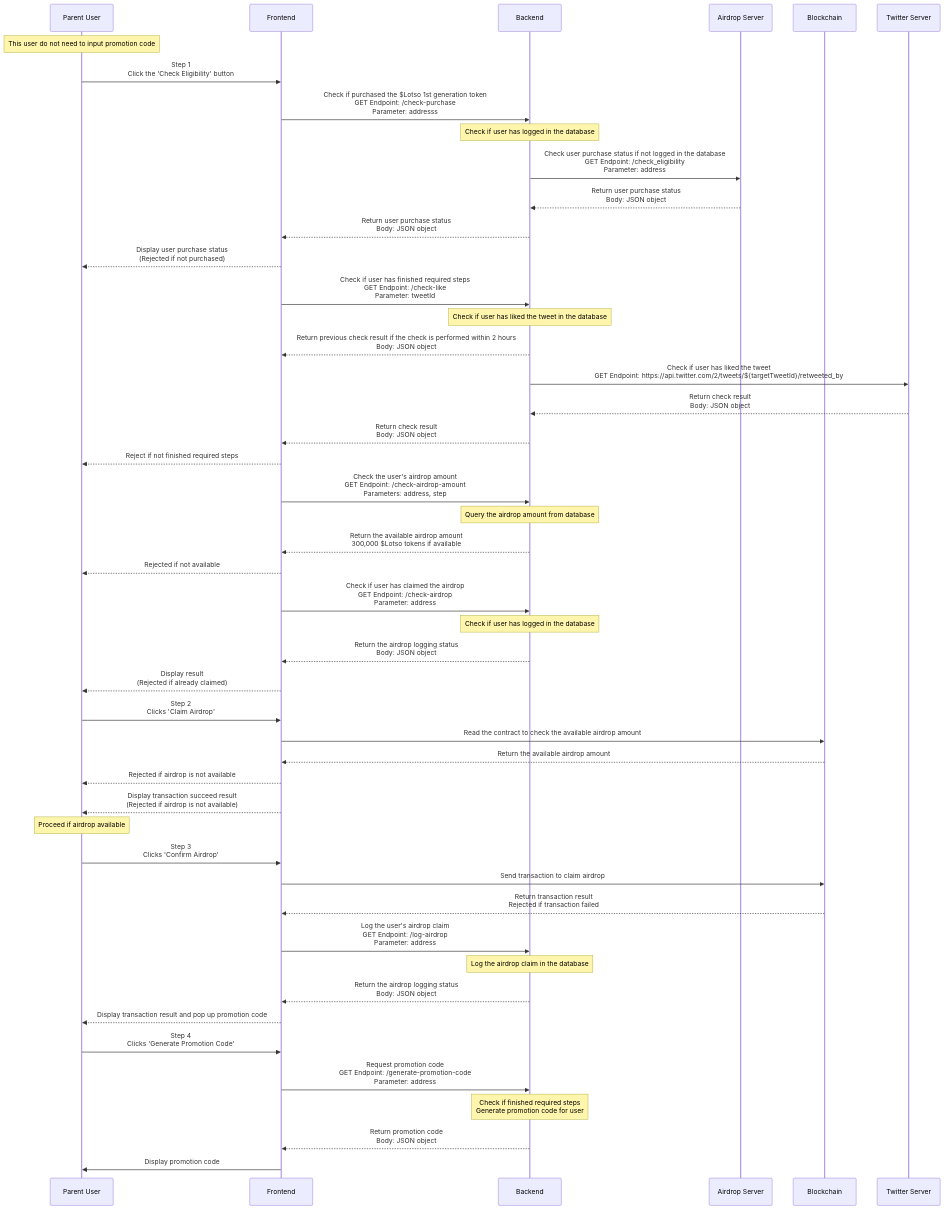
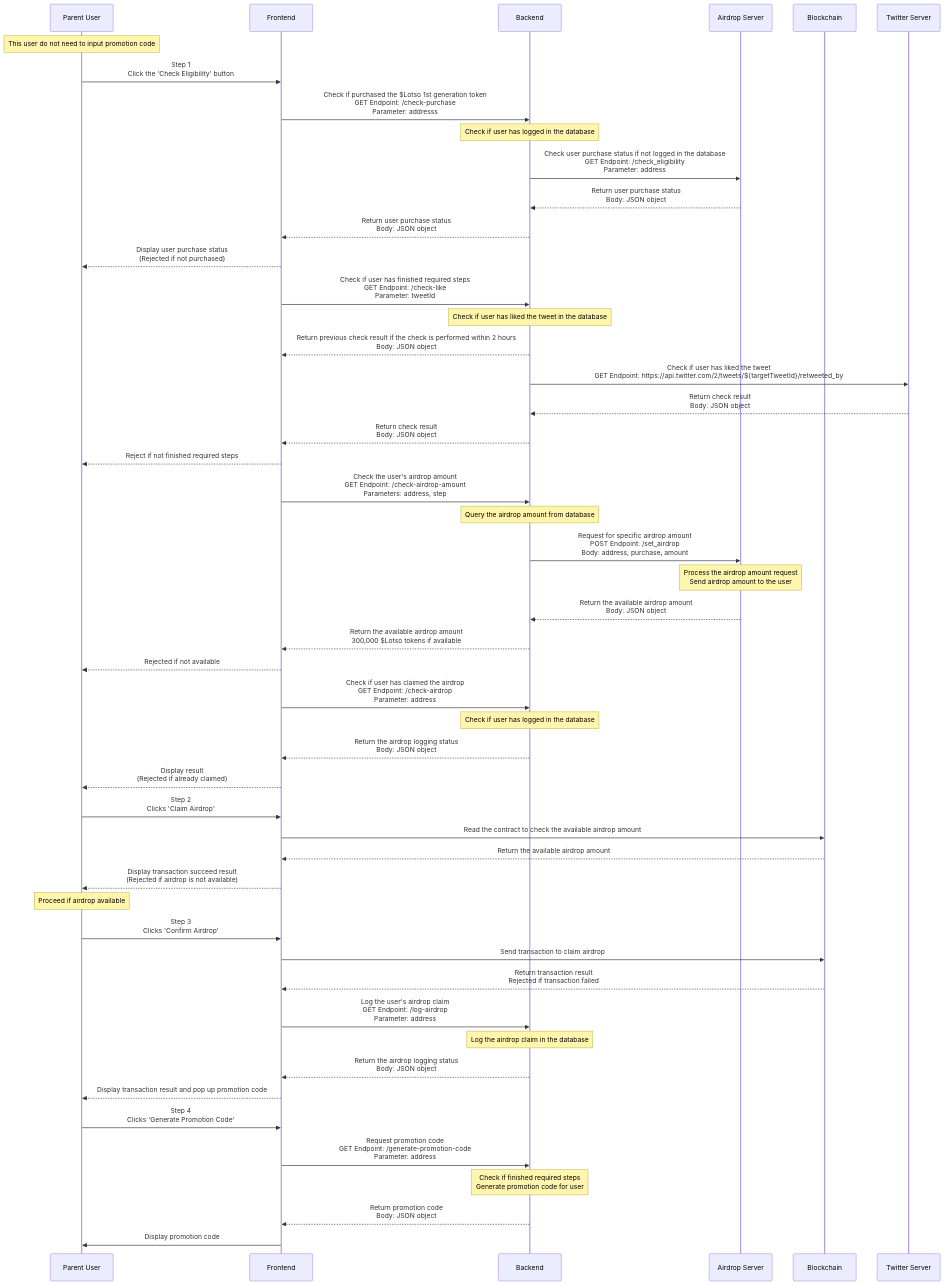
The second of 3 diagrams in README.md (BTI-US/Lotso-Twitter-Auth), drawn with Mermaid before and after one commit. The commit also changed other lines of this file and 3 other files, not shown here.

````diff
--- a/README.md
+++ b/README.md
@@ -121,55 +121,57 @@
 ```mermaid
 sequenceDiagram
     participant U as Parent User
     participant F as Frontend
     participant B as Backend
     participant S as Airdrop Server
     participant BC as Blockchain
     participant T as Twitter Server
 
     note over U: This user do not need to input promotion code
 
     U->>F: Step 1 <br>Click the 'Check Eligibility' button
     F->>B: Check if purchased the $Lotso 1st generation token <br>GET Endpoint: /check-purchase <br>Parameter: addresss
     note over B: Check if user has logged in the database
     B->>S: Check user purchase status if not logged in the database <br>GET Endpoint: /check_eligibility <br>Parameter: address
     S-->>B: Return user purchase status <br>Body: JSON object
     B-->>F: Return user purchase status <br>Body: JSON object
     F-->>U: Display user purchase status <br>(Rejected if not purchased)
     F->>B: Check if user has finished required steps <br>GET Endpoint: /check-like <br>Parameter: tweetId
     note over B: Check if user has liked the tweet in the database
     B-->>F: Return previous check result if the check is performed within 2 hours <br>Body: JSON object
     B->>T: Check if user has liked the tweet <br>GET Endpoint: https://api.twitter.com/2/tweets/${targetTweetId}/retweeted_by
     T-->>B: Return check result <br>Body: JSON object
     B-->>F: Return check result <br>Body: JSON object
     F-->>U: Reject if not finished required steps
     F->>B: Check the user's airdrop amount <br>GET Endpoint: /check-airdrop-amount <br>Parameters: address, step
     note over B: Query the airdrop amount from database
+    B->>S: Request for specific airdrop amount <br>POST Endpoint: /set_airdrop <br>Body: address, purchase, amount
+    note over S: Process the airdrop amount request <br> Send airdrop amount to the user
+    S-->>B: Return the available airdrop amount <br>Body: JSON object
     B-->>F: Return the available airdrop amount <br> 300,000 $Lotso tokens if available
     F-->>U: Rejected if not available
     F->>B: Check if user has claimed the airdrop <br>GET Endpoint: /check-airdrop <br>Parameter: address
     note over B: Check if user has logged in the database
     B-->>F: Return the airdrop logging status <br>Body: JSON object
     F-->>U: Display result <br>(Rejected if already claimed)
 
     U->>F: Step 2 <br>Clicks 'Claim Airdrop'
     F->>BC: Read the contract to check the available airdrop amount
     BC-->>F: Return the available airdrop amount
-    F-->>U: Rejected if airdrop is not available
     F-->>U: Display transaction succeed result <br>(Rejected if airdrop is not available)
     note over U: Proceed if airdrop available
 
     U->>F: Step 3 <br>Clicks 'Confirm Airdrop'
     F->>BC: Send transaction to claim airdrop
     BC-->>F: Return transaction result <br> Rejected if transaction failed
     F->>B: Log the user's airdrop claim <br>GET Endpoint: /log-airdrop <br>Parameter: address
     note over B: Log the airdrop claim in the database
     B-->>F: Return the airdrop logging status <br>Body: JSON object
     F-->>U: Display transaction result and pop up promotion code
 
     U->>F: Step 4 <br>Clicks 'Generate Promotion Code'
     F->>B: Request promotion code <br>GET Endpoint: /generate-promotion-code <br>Parameter: address
     note over B: Check if finished required steps <br>Generate promotion code for user
     B-->>F: Return promotion code <br>Body: JSON object
     F->>U: Display promotion code
 ```
````
